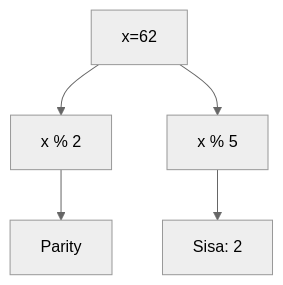
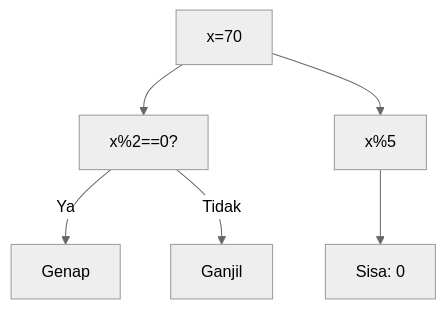
One commit to amnahwaida/OSNK_INF_PREP changed the seventh of 25 diagrams in part-c-pemahaman-cpp/03-perulangan/latihan/set-05.md. Above: the diagram before and after it, drawn with Mermaid (neutral theme). The commit also changed other lines of this file and 71 other files, not shown here.

Commit message:
Fixed Mermaid syntax lexical errors with quoted labels in 1,800 questions

````diff
--- a/part-c-pemahaman-cpp/03-perulangan/latihan/set-05.md
+++ b/part-c-pemahaman-cpp/03-perulangan/latihan/set-05.md
@@ -147,7 +209,8 @@
 ```mermaid
 graph TD
-A[x=62] --> B[x % 2]
-B --> C[Parity]
-A --> D[x % 5]
-D --> E[Sisa: 2]
+A["x=70"] --> B["x%2==0?"]
+B -- Ya --> C["Genap"]
+B -- Tidak --> D["Ganjil"]
+A --> E["x%5"]
+E --> F["Sisa: 0"]
 ```
````
